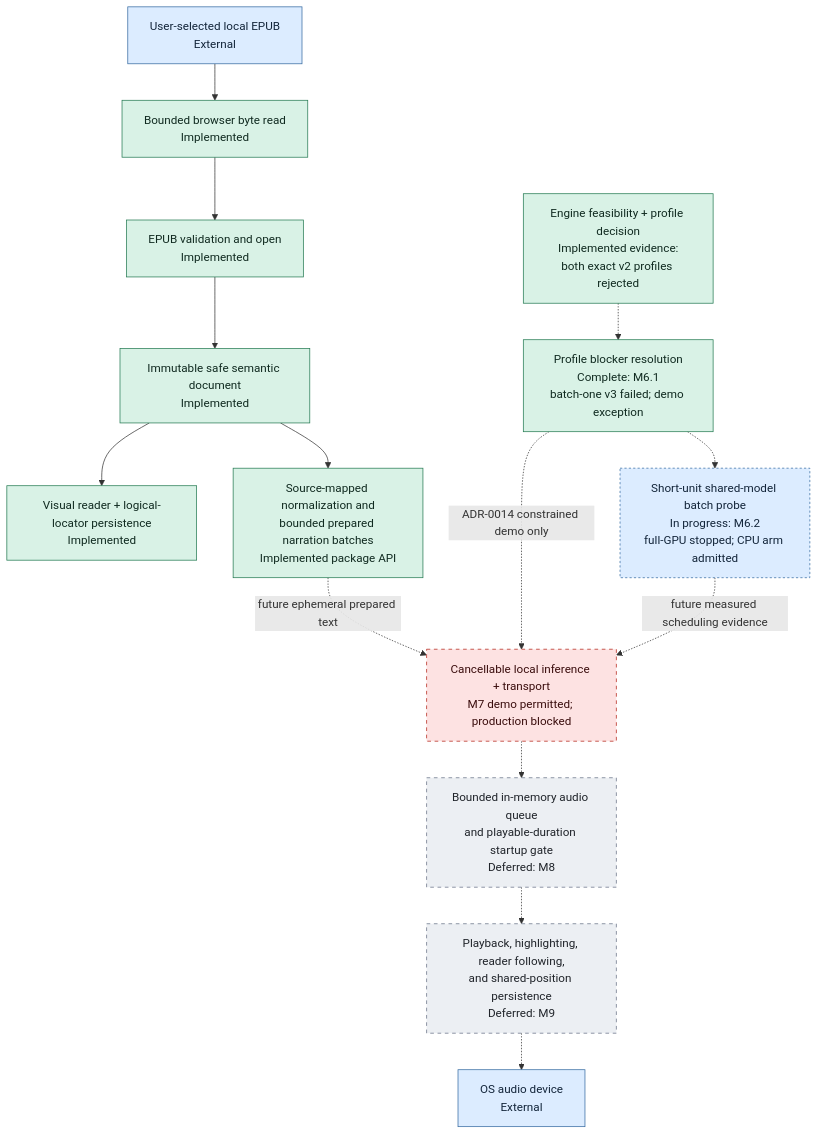
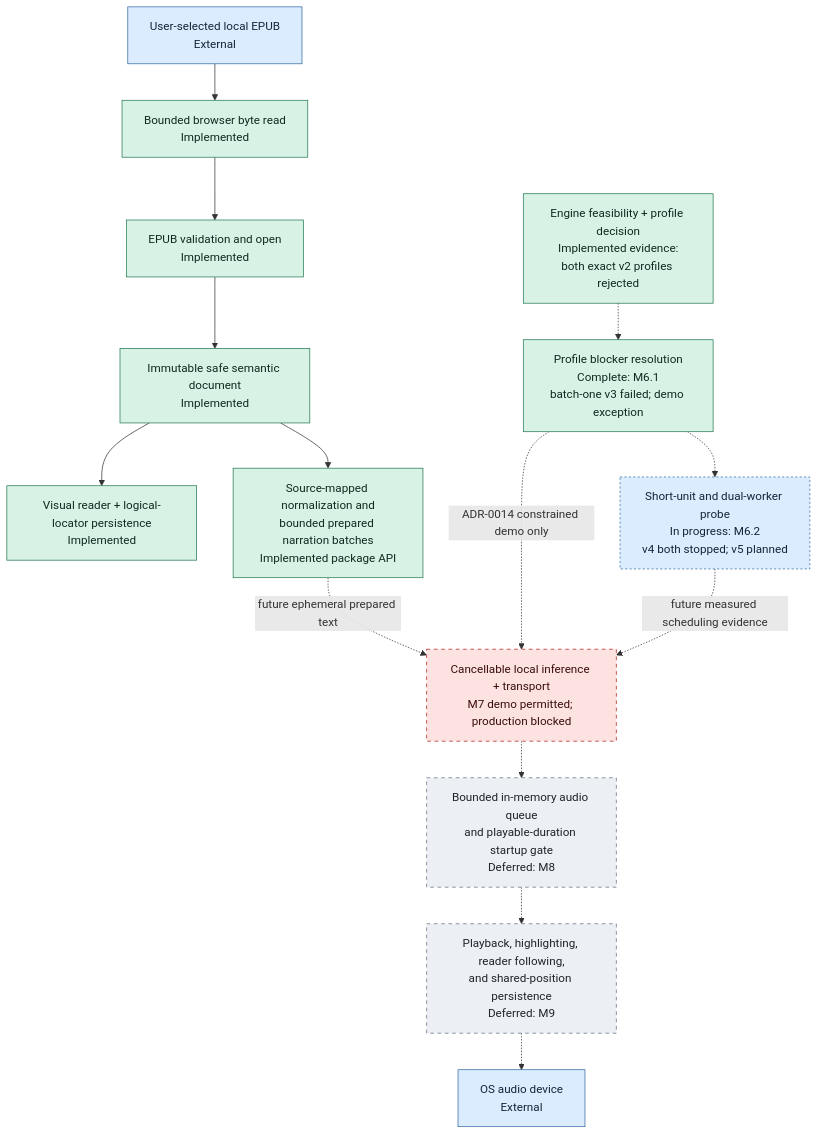
One commit to mmjosedaniel/voxleaf changed the second of 2 diagrams in docs/architecture/system-diagram.md. Above: the diagram before and after it, drawn with Mermaid. The commit also changed other lines of this file and 25 other files, not shown here.

````diff
--- a/docs/architecture/system-diagram.md
+++ b/docs/architecture/system-diagram.md
@@ -107,34 +107,34 @@
 ```mermaid
 flowchart TD
     classDef implemented fill:#d9f2e6,stroke:#247a52,color:#102a20
     classDef progress fill:#dcecff,stroke:#356aa0,color:#13253a,stroke-dasharray: 3 3
     classDef planned fill:#fff0c7,stroke:#9a6b00,color:#332400,stroke-dasharray: 5 5
     classDef blocked fill:#fde2e2,stroke:#b42318,color:#3a0d0d,stroke-dasharray: 5 5
     classDef deferred fill:#eceff3,stroke:#667085,color:#20242a,stroke-dasharray: 5 5
     classDef external fill:#dcecff,stroke:#356aa0,color:#13253a
 
     FILE["User-selected local EPUB<br/>External"]:::external
     READ["Bounded browser byte read<br/>Implemented"]:::implemented
     OPEN["EPUB validation and open<br/>Implemented"]:::implemented
     SAFE["Immutable safe semantic document<br/>Implemented"]:::implemented
     VISUAL["Visual reader + logical-locator persistence<br/>Implemented"]:::implemented
     PREP["Source-mapped normalization and<br/>bounded prepared narration batches<br/>Implemented package API"]:::implemented
     PROFILE["Engine feasibility + profile decision<br/>Implemented evidence:<br/>both exact v2 profiles rejected"]:::implemented
     NEXT_PROFILE["Profile blocker resolution<br/>Complete: M6.1<br/>batch-one v3 failed; demo exception"]:::implemented
-    BATCH_PROBE["Short-unit shared-model batch probe<br/>In progress: M6.2<br/>full-GPU stopped; CPU arm admitted"]:::progress
+    BATCH_PROBE["Short-unit and dual-worker probe<br/>In progress: M6.2<br/>v4 both stopped; v5 planned"]:::progress
     INFER["Cancellable local inference + transport<br/>M7 demo permitted; production blocked"]:::blocked
     BUFFER["Bounded in-memory audio queue<br/>and playable-duration startup gate<br/>Deferred: M8"]:::deferred
     FOLLOW["Playback, highlighting, reader following,<br/>and shared-position persistence<br/>Deferred: M9"]:::deferred
     DEVICE["OS audio device<br/>External"]:::external
 
     FILE --> READ --> OPEN --> SAFE --> VISUAL
     SAFE --> PREP
     PREP -.->|"future ephemeral prepared text"| INFER
     PROFILE -.-> NEXT_PROFILE
     NEXT_PROFILE -.-> BATCH_PROBE
     NEXT_PROFILE -.->|"ADR-0014 constrained demo only"| INFER
     BATCH_PROBE -.->|"future measured scheduling evidence"| INFER
     INFER -.-> BUFFER
     BUFFER -.-> FOLLOW
     FOLLOW -.-> DEVICE
 ```
````
